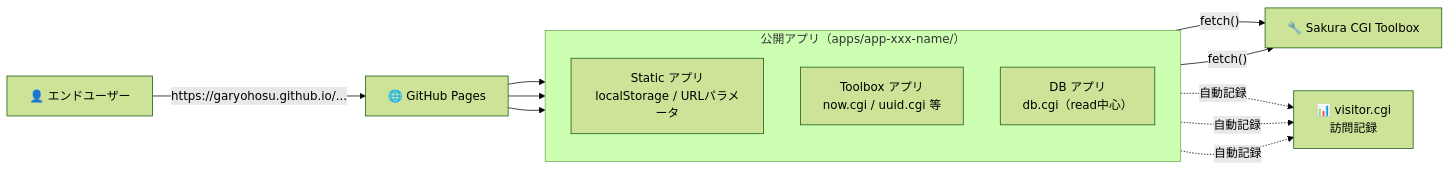
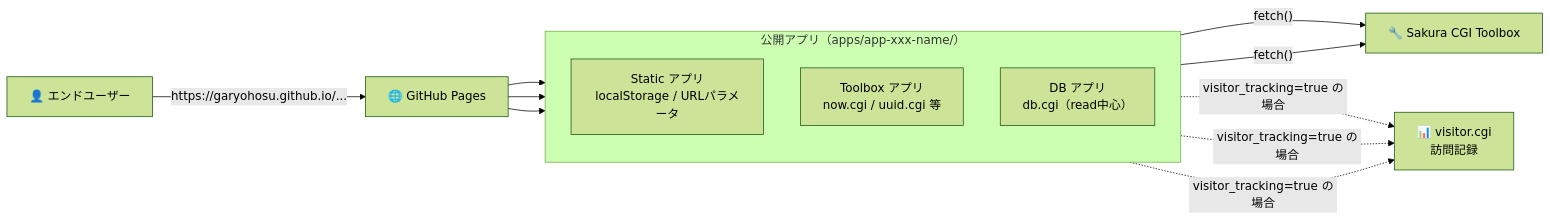
One commit to garyohosu/openclaw-app-company changed the third of 5 diagrams in USECASE.md. Above: the diagram before and after it, drawn with Mermaid (forest theme). The commit also changed other lines of this file and 2 other files, not shown here.

````diff
--- a/USECASE.md
+++ b/USECASE.md
@@ -156,26 +156,26 @@
 ```mermaid
 flowchart LR
     eu["👤 エンドユーザー"]
 
     subgraph APP["公開アプリ（apps/app-xxx-name/）"]
         direction TB
         s_static["Static アプリ\nlocalStorage / URLパラメータ"]
         s_toolbox["Toolbox アプリ\nnow.cgi / uuid.cgi 等"]
         s_db["DB アプリ\ndb.cgi（read中心）"]
     end
 
     ghp["🌐 GitHub Pages"]
     sakura["🔧 Sakura CGI Toolbox"]
     visitor["📊 visitor.cgi\n訪問記録"]
 
     eu -->|"https://garyohosu.github.io/..."| ghp
     ghp --> s_static
     ghp --> s_toolbox
     ghp --> s_db
 
     s_toolbox -->|"fetch()"| sakura
     s_db -->|"fetch()"| sakura
-    s_static -. "自動記録" .-> visitor
-    s_toolbox -. "自動記録" .-> visitor
-    s_db -. "自動記録" .-> visitor
+    s_static -. "visitor_tracking=true の場合" .-> visitor
+    s_toolbox -. "visitor_tracking=true の場合" .-> visitor
+    s_db -. "visitor_tracking=true の場合" .-> visitor
 ```
````
